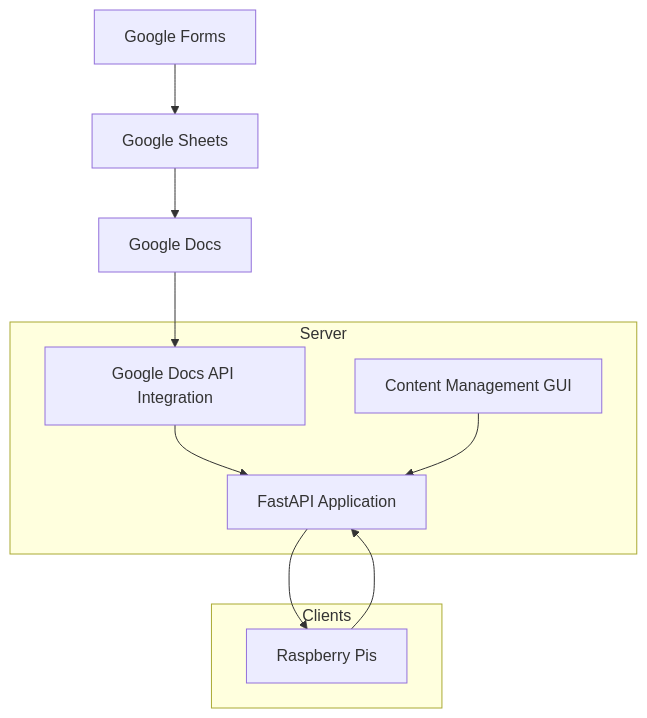
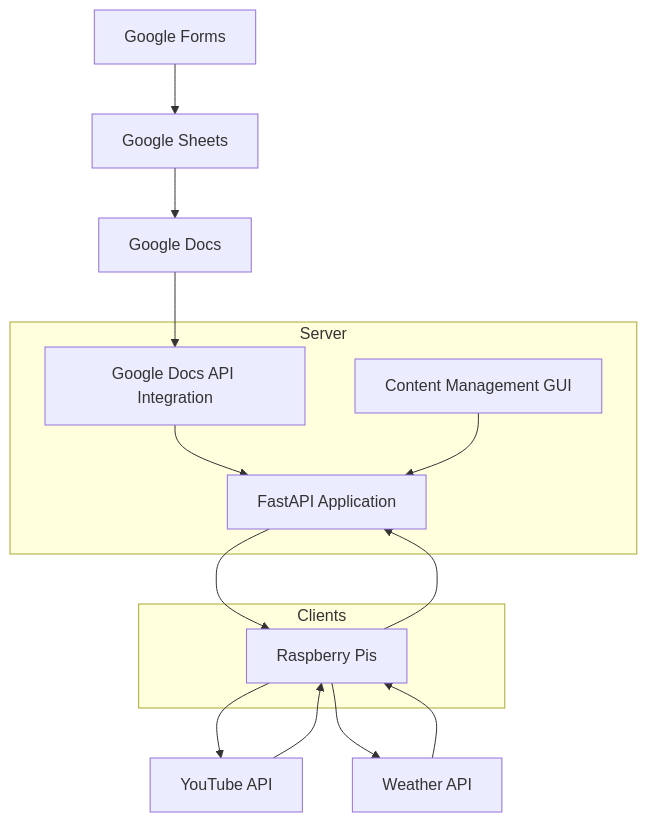
The first of 2 diagrams in docs/overview.md (a13xrzteach/a13xrzteach.github.io), drawn with Mermaid before and after one commit. The commit also changed other lines of this file, not shown here.

````diff
--- a/docs/overview.md
+++ b/docs/overview.md
@@ -29,22 +29,28 @@
 ```mermaid
 flowchart TD
     subgraph Server
         A[FastAPI Application]
         B[Content Management GUI]
         C[Google Docs API Integration]
     end
     subgraph Clients
         D[Raspberry Pis]
     end
     E[Google Forms]
     F[Google Sheets]
     G[Google Docs]
+    H[YouTube API]
+    I[Weather API]
     
     E --> F
     F --> G
     G --> C
     C --> A
     B --> A
     A --> D
     D --> A
+    D --> H
+    H --> D
+    D --> I
+    I --> D
 ```
````
